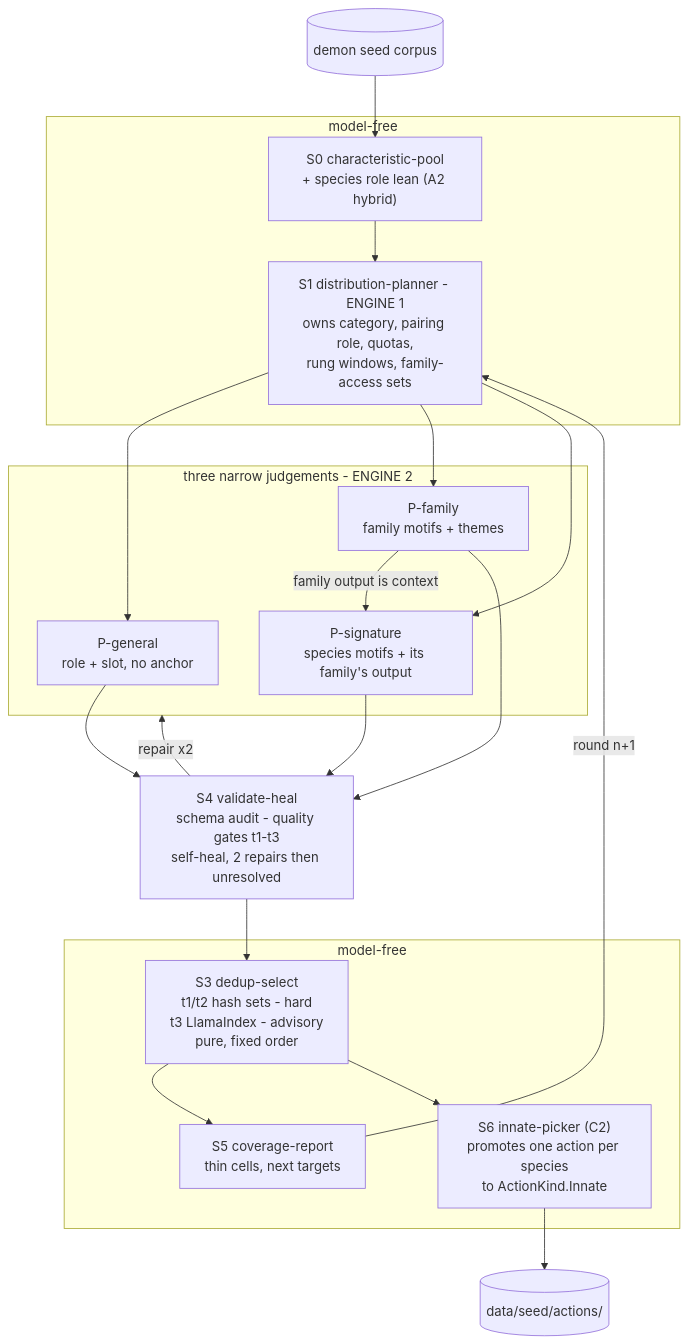
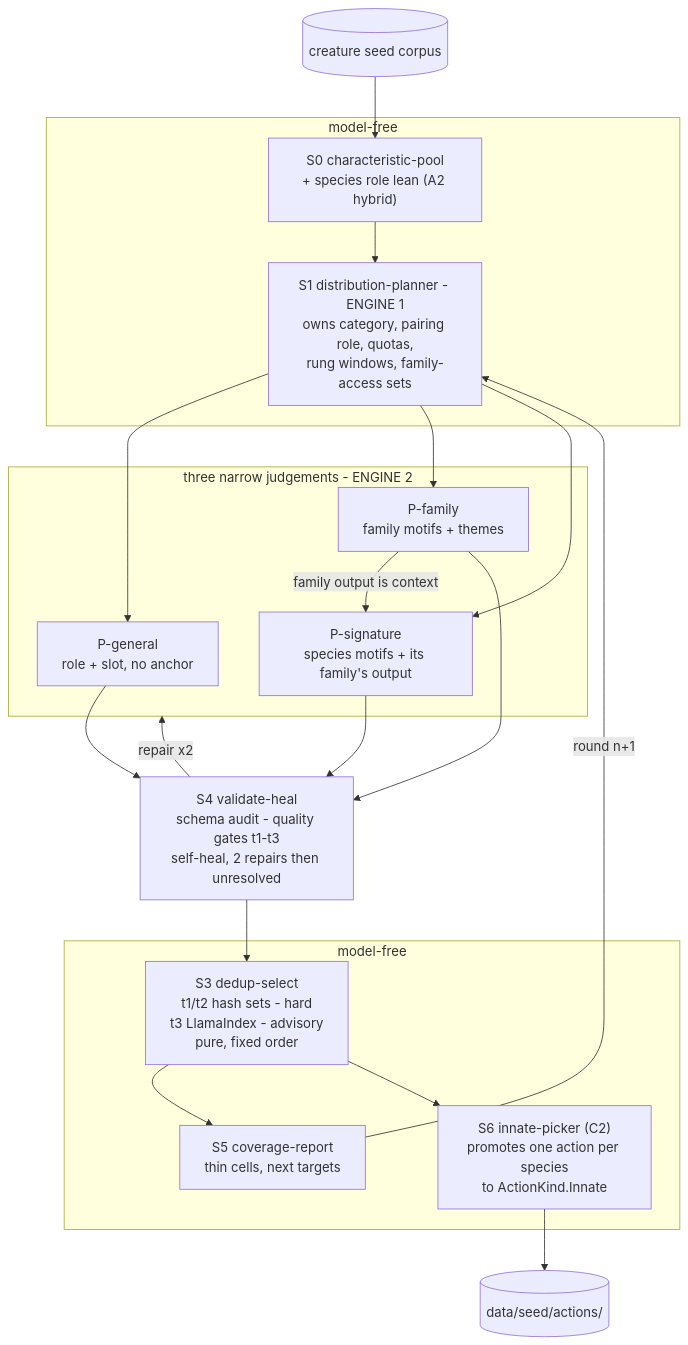
Before and after one commit to letuhao/plant-vs-zombie-rise-of-summoner: the second of 2 diagrams in docs/architecture/action-corpus-ideal.md, drawn with Mermaid. The commit also changed other lines of this file and 4171 other files, not shown here.

````diff
--- a/docs/architecture/action-corpus-ideal.md
+++ b/docs/architecture/action-corpus-ideal.md
@@ -757,36 +757,36 @@
 ```mermaid
 flowchart TD
-  Seed[("demon seed corpus")]
+  Seed[("creature seed corpus")]
 
   subgraph MF1["model-free"]
     S0["S0 characteristic-pool<br/>+ species role lean (A2 hybrid)"]
     S1["S1 distribution-planner - ENGINE 1<br/>owns category, pairing role, quotas,<br/>rung windows, family-access sets"]
   end
 
   subgraph GEN["three narrow judgements - ENGINE 2"]
     P1["P-general<br/>role + slot, no anchor"]
     P2["P-family<br/>family motifs + themes"]
     P3["P-signature<br/>species motifs + its family's output"]
   end
 
   S4["S4 validate-heal<br/>schema audit - quality gates t1-t3<br/>self-heal, 2 repairs then unresolved"]
 
   subgraph MF2["model-free"]
     S3["S3 dedup-select<br/>t1/t2 hash sets - hard<br/>t3 LlamaIndex - advisory<br/>pure, fixed order"]
     S5["S5 coverage-report<br/>thin cells, next targets"]
     S6["S6 innate-picker (C2)<br/>promotes one action per species<br/>to ActionKind.Innate"]
   end
 
   Seed --> S0 --> S1
   S1 --> P1
   S1 --> P2
   P2 -->|"family output is context"| P3
   S1 --> P3
   P1 --> S4
   P2 --> S4
   P3 --> S4
   S4 -->|"repair x2"| GEN
   S4 --> S3 --> S5
   S5 -->|"round n+1"| S1
   S3 --> S6 --> Corpus[("data/seed/actions/")]
 ```
````
